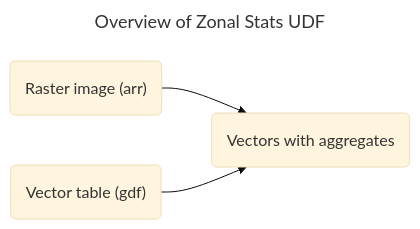
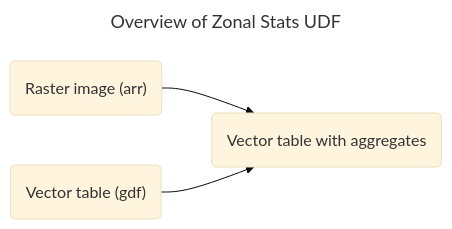
Before and after one commit to fusedio/fused-docs: the diagram in docs/user-guide/fused-in-10-minutes.mdx, drawn with Mermaid (base theme).

````diff
--- a/docs/user-guide/fused-in-10-minutes.mdx
+++ b/docs/user-guide/fused-in-10-minutes.mdx
@@ -88,9 +88,9 @@
 ```mermaid
 ---
 title: Overview of Zonal Stats UDF
 ---
 graph LR
     A("Raster image (arr)") --> E{Zonal Stats}
     B("Vector table (gdf)") --> E
-    E(Vectors with aggregates)
+    E(Vector table with aggregates)
 ```
````
